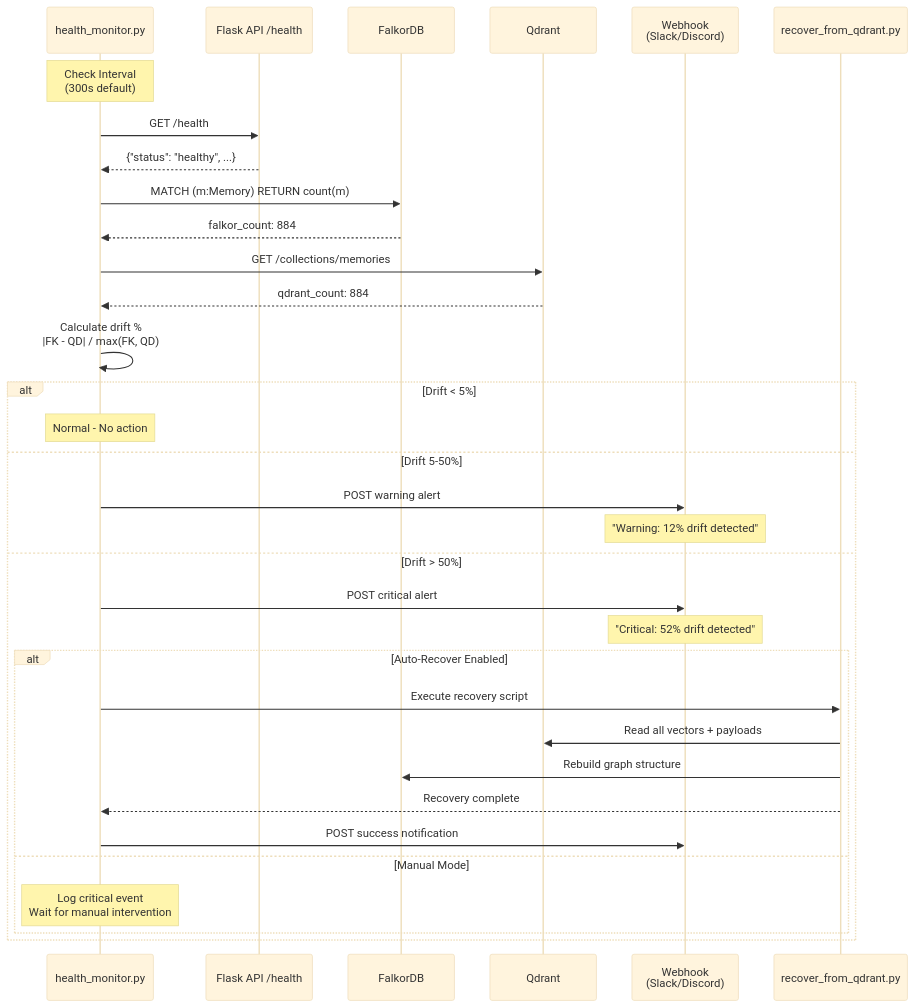
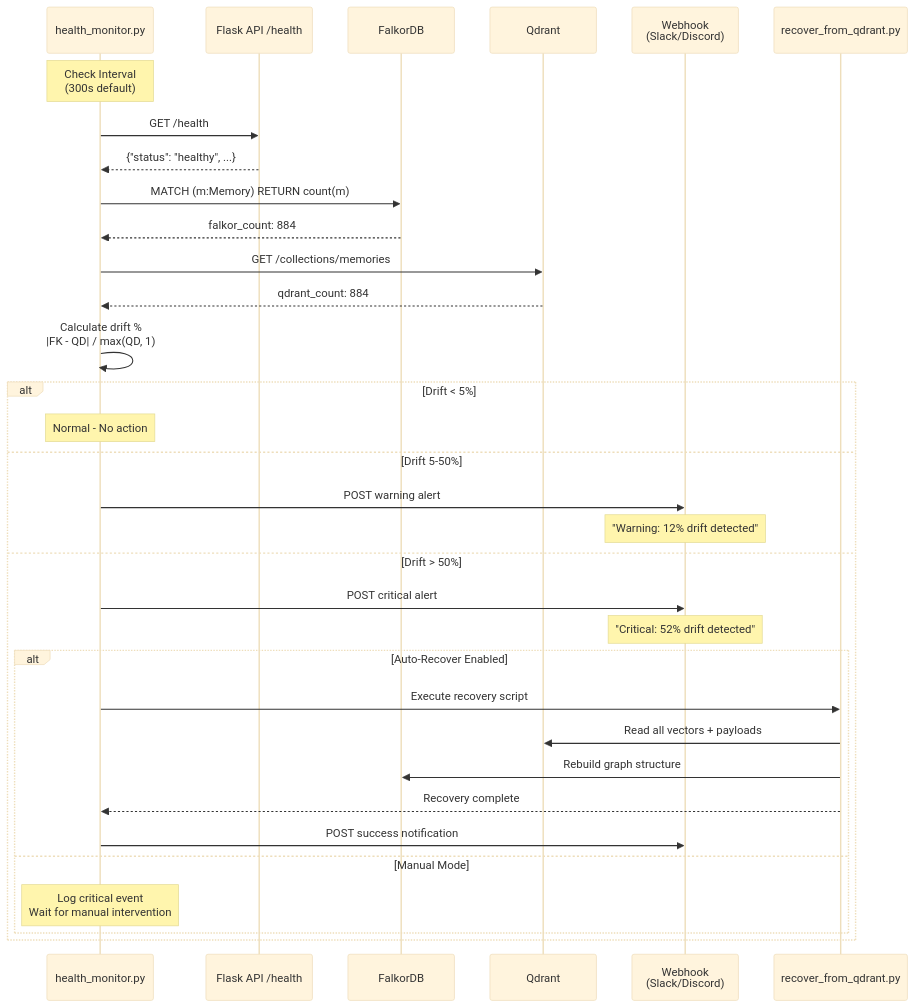
One commit to verygoodplugins/automem-website changed the fourth of 6 diagrams in src/content/docs/docs/operations/health.md. Above: the diagram before and after it, drawn with Mermaid (base theme). The commit also changed other lines of this file and 2 other files, not shown here.

First line of the commit message:
docs: correct health monitor drift math, alerting, logging and performance status values (#420)

````diff
--- a/src/content/docs/docs/operations/health.md
+++ b/src/content/docs/docs/operations/health.md
@@ -354,42 +354,42 @@
 ```mermaid
 sequenceDiagram
     participant HM as health_monitor.py
     participant API as Flask API /health
     participant FK as FalkorDB
     participant QD as Qdrant
     participant WH as Webhook<br/>(Slack/Discord)
     participant REC as recover_from_qdrant.py
 
     Note over HM: Check Interval<br/>(300s default)
 
     HM->>API: GET /health
     API-->>HM: {"status": "healthy", ...}
 
     HM->>FK: MATCH (m:Memory) RETURN count(m)
     FK-->>HM: falkor_count: 884
 
     HM->>QD: GET /collections/memories
     QD-->>HM: qdrant_count: 884
 
-    HM->>HM: Calculate drift %<br/>|FK - QD| / max(FK, QD)
+    HM->>HM: Calculate drift %<br/>|FK - QD| / max(QD, 1)
 
     alt Drift < 5%
         Note over HM: Normal - No action
     else Drift 5-50%
         HM->>WH: POST warning alert
         Note over WH: "Warning: 12% drift detected"
     else Drift > 50%
         HM->>WH: POST critical alert
         Note over WH: "Critical: 52% drift detected"
 
         alt Auto-Recover Enabled
             HM->>REC: Execute recovery script
             REC->>QD: Read all vectors + payloads
             REC->>FK: Rebuild graph structure
             REC-->>HM: Recovery complete
             HM->>WH: POST success notification
         else Manual Mode
             Note over HM: Log critical event<br/>Wait for manual intervention
         end
     end
 ```
````
